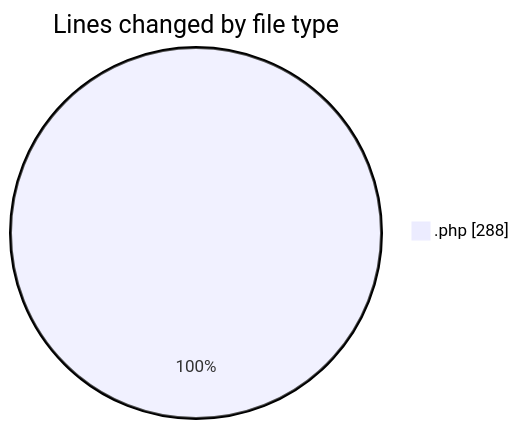
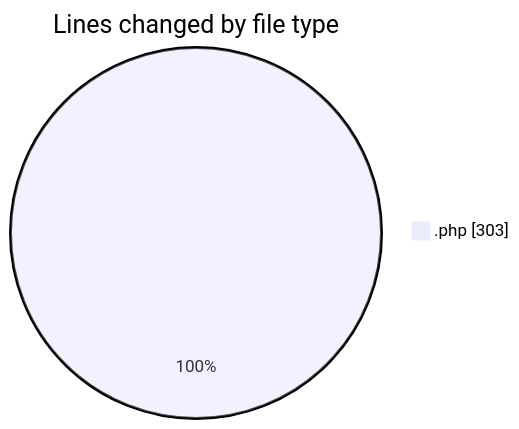
One commit to LanceThiago/code-tracking changed the first of 2 diagrams in 2025-03-26/kml/README.md. Above: the diagram before and after it, drawn with Mermaid. The commit also changed other lines of this file and 1 other file, not shown here.

````diff
--- a/2025-03-26/kml/README.md
+++ b/2025-03-26/kml/README.md
@@ -20,5 +20,5 @@
 ```mermaid
 pie showData
 title Lines changed by file type
-".php" : 288
+".php" : 303
 ```
````
